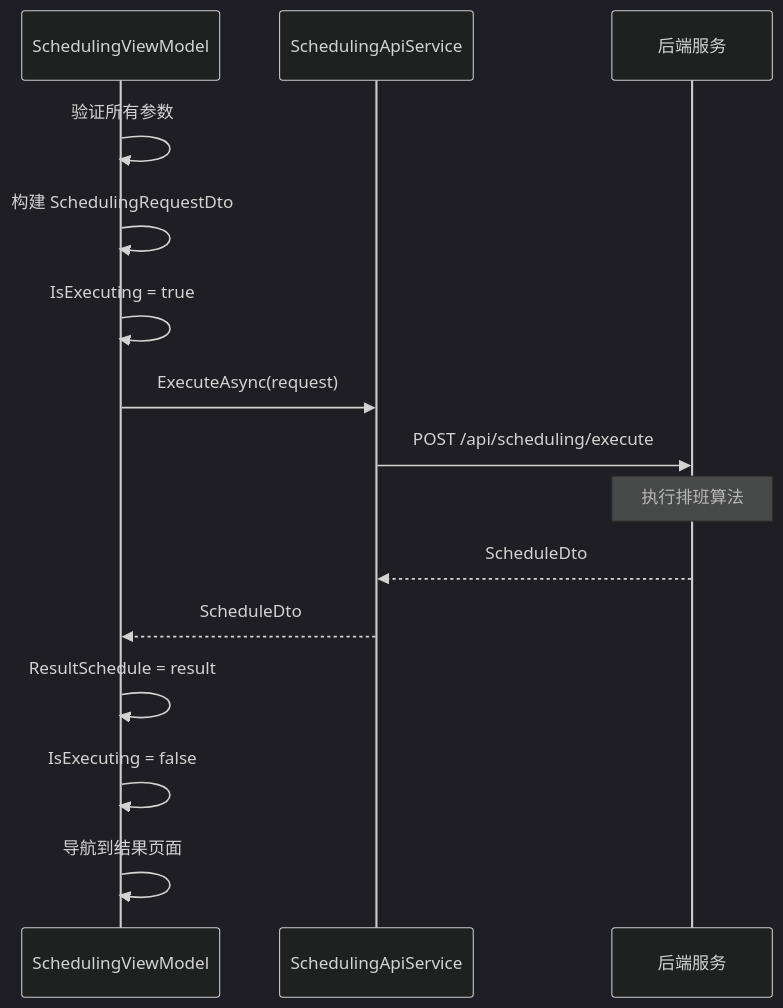
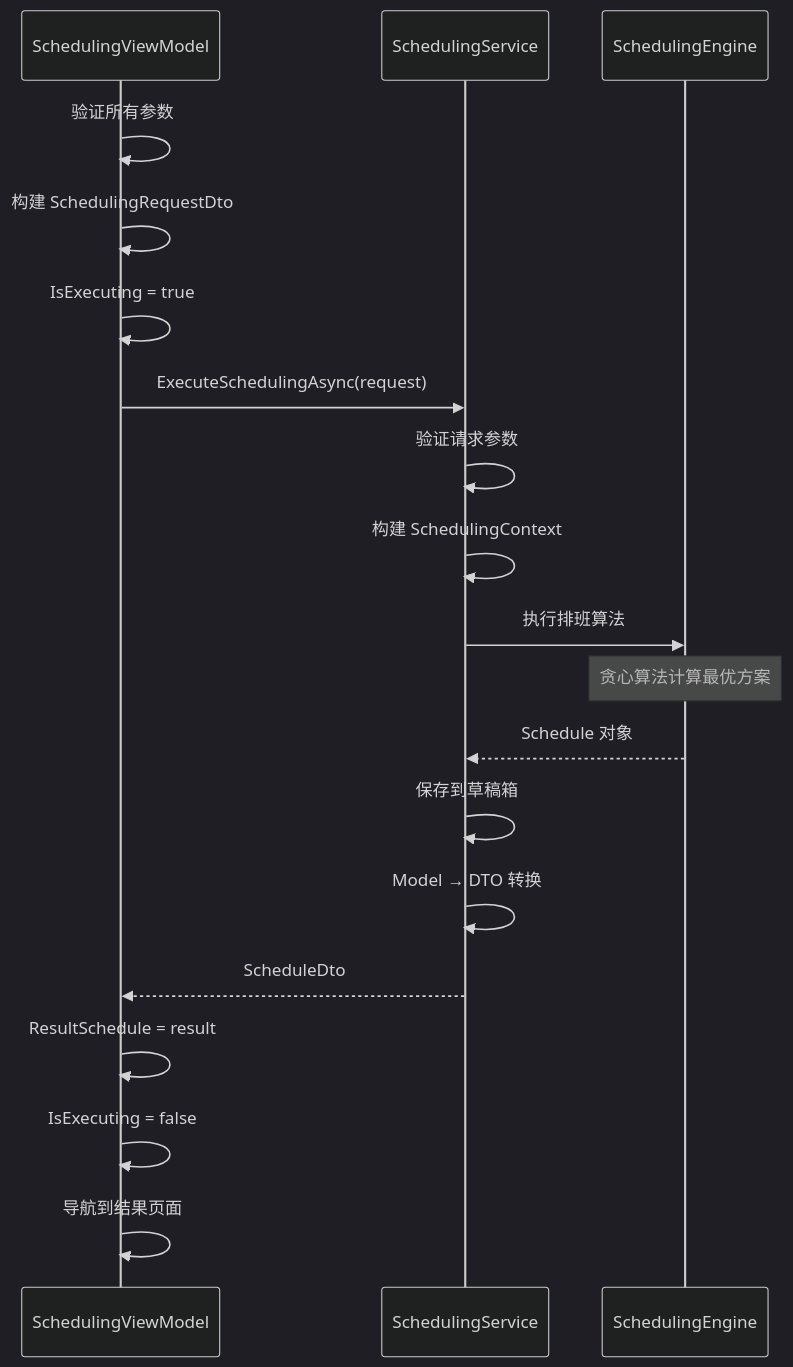
One commit to xiangkehan/AutoScheduling changed diagram 20 of 21 in .qoder/quests/page-ui-design.md. Above: the diagram before and after it, drawn with Mermaid (dark theme). The commit also changed other lines of this file and 12 other files, not shown here.

````diff
--- a/.qoder/quests/page-ui-design.md
+++ b/.qoder/quests/page-ui-design.md
@@ -1110,20 +2389,24 @@
 ```mermaid
 sequenceDiagram
     participant VM as SchedulingViewModel
-    participant API as SchedulingApiService
-    participant Server as 后端服务
+    participant S as SchedulingService
+    participant Engine as SchedulingEngine
     
     VM->>VM: 验证所有参数
     VM->>VM: 构建 SchedulingRequestDto
     VM->>VM: IsExecuting = true
-    VM->>API: ExecuteAsync(request)
-    API->>Server: POST /api/scheduling/execute
+    VM->>S: ExecuteSchedulingAsync(request)
+    S->>S: 验证请求参数
+    S->>S: 构建 SchedulingContext
+    S->>Engine: 执行排班算法
     
-    Note over Server: 执行排班算法
+    Note over Engine: 贪心算法计算最优方案
     
-    Server-->>API: ScheduleDto
-    API-->>VM: ScheduleDto
+    Engine-->>S: Schedule 对象
+    S->>S: 保存到草稿箱
+    S->>S: Model → DTO 转换
+    S-->>VM: ScheduleDto
     VM->>VM: ResultSchedule = result
     VM->>VM: IsExecuting = false
     VM->>VM: 导航到结果页面
 ```
````
